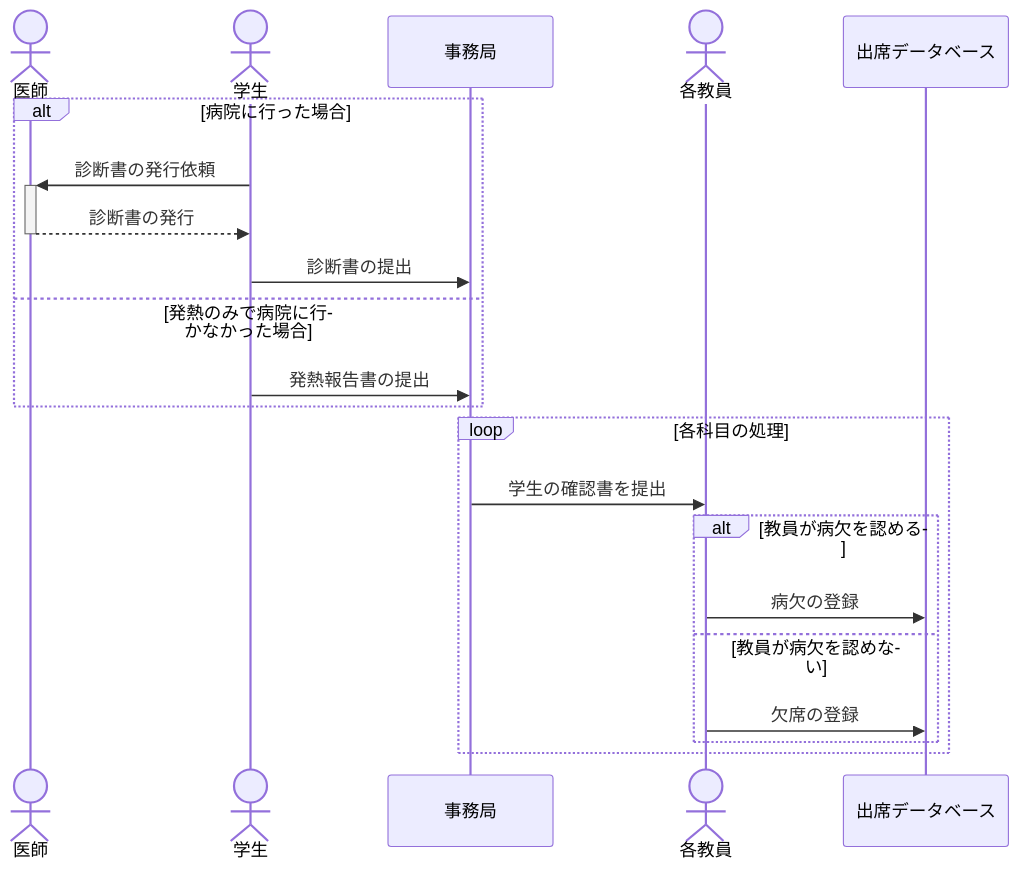
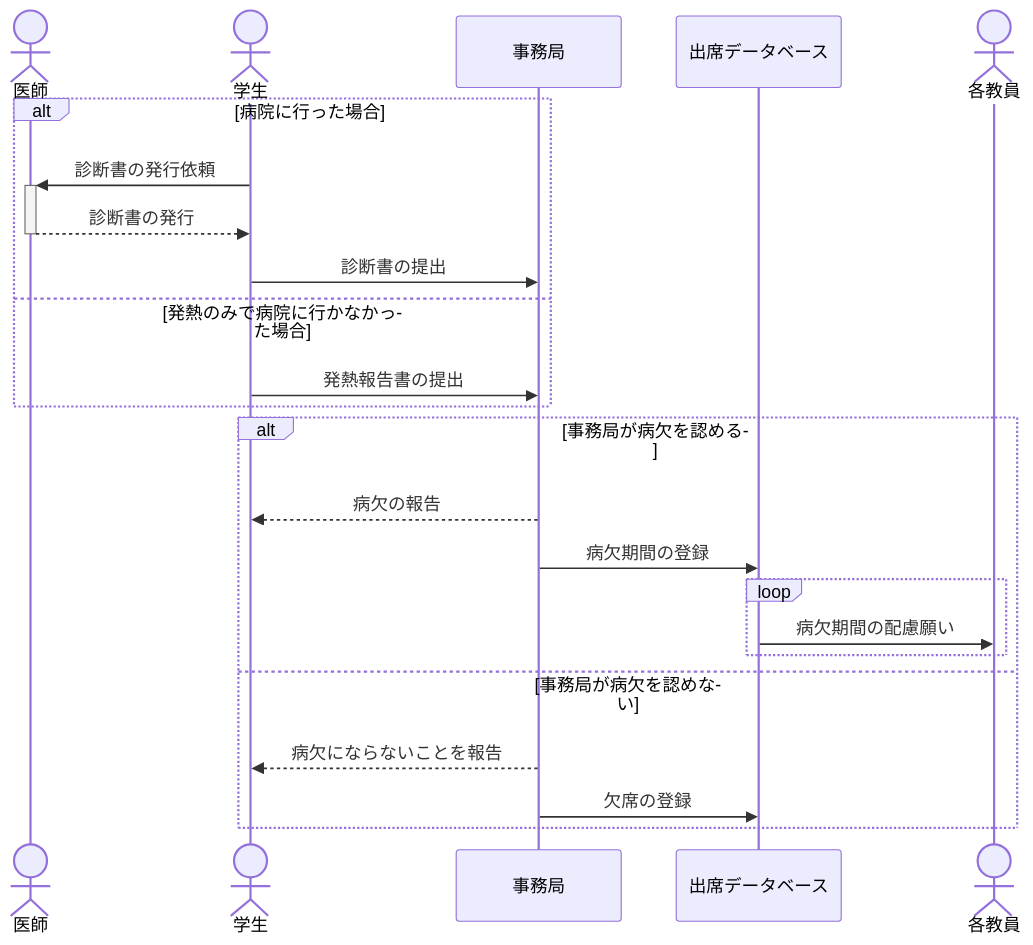
The diagram in README.md (ShouyaKamoshita/mermaid-test), drawn with Mermaid before and after one commit.

````diff
--- a/README.md
+++ b/README.md
@@ -1,24 +1,27 @@
 ```mermaid
 sequenceDiagram
 actor i as 医師
 actor s as 学生
 participant j as 事務局
+participant d as 出席データベース
 actor t as 各教員
-participant d as 出席データベース
+
 
 alt 病院に行った場合
 s ->>+ i : 診断書の発行依頼
 i -->>- s : 診断書の発行
 s ->> j : 診断書の提出
 else 発熱のみで病院に行かなかった場合
 s ->> j : 発熱報告書の提出
 end
-loop 各科目の処理
-j ->> t : 学生の確認書を提出
-alt 教員が病欠を認める
-t ->> d : 病欠の登録
-else 教員が病欠を認めない
-t ->> d : 欠席の登録
+alt 事務局が病欠を認める
+j -->> s : 病欠の報告
+j ->> d : 病欠期間の登録
+loop 
+d ->> t : 病欠期間の配慮願い
 end
+else 事務局が病欠を認めない
+j -->> s : 病欠にならないことを報告
+j ->> d : 欠席の登録
 end
 ```
````
